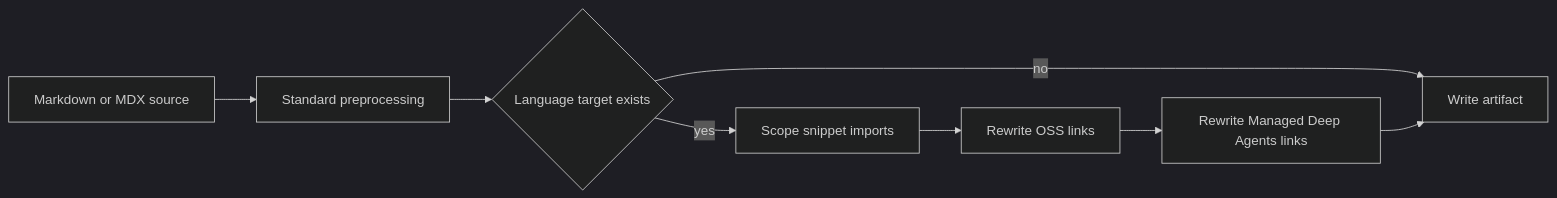
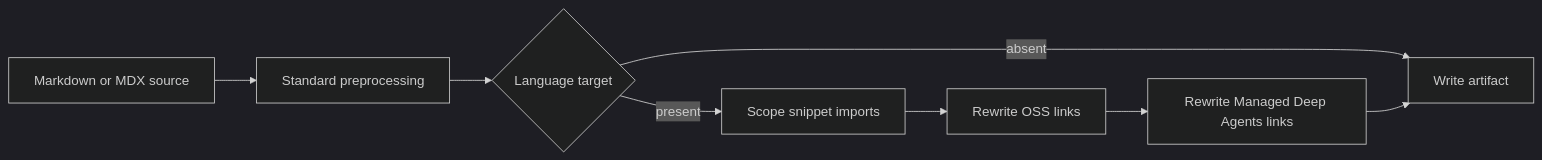
One commit to rishi-raj-jain/docs-1 changed the second of 2 diagrams in openwiki/concepts/versioning.md. Above: the diagram before and after it, drawn with Mermaid (dark theme). The commit also changed other lines of this file and 30 other files, not shown here.

````diff
--- a/openwiki/concepts/versioning.md
+++ b/openwiki/concepts/versioning.md
@@ -81,10 +71,10 @@
 ```mermaid
 flowchart LR
     Input["Markdown or MDX source"] --> Prep["Standard preprocessing"]
-    Prep --> Target{"Language target exists"}
-    Target -->|"yes"| Imports["Scope snippet imports"]
-    Target -->|"no"| Output["Write artifact"]
+    Prep --> Target{"Language target"}
+    Target -->|"present"| Imports["Scope snippet imports"]
+    Target -->|"absent"| Output["Write artifact"]
     Imports --> OssLinks["Rewrite OSS links"]
     OssLinks --> ManagedLinks["Rewrite Managed Deep Agents links"]
     ManagedLinks --> Output
 ```
````
